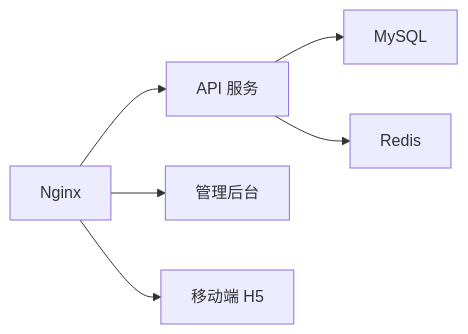
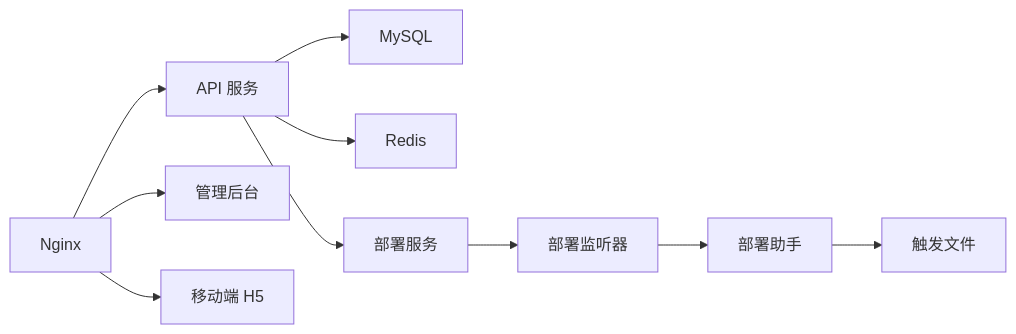
The fourth of 4 diagrams in .qoder/repowiki/zh/content/部署运维/部署运维.md (huoqingzhu446/fortune-hub), drawn with Mermaid before and after one commit. The commit also changed other lines of this file and 6 other files, not shown here.

````diff
--- a/.qoder/repowiki/zh/content/部署运维/部署运维.md
+++ b/.qoder/repowiki/zh/content/部署运维/部署运维.md
@@ -208,8 +345,12 @@
 ```mermaid
 graph LR
 NGINX["Nginx"] --> API["API 服务"]
 NGINX --> ADMIN["管理后台"]
 NGINX --> MOBILE["移动端 H5"]
 API --> MYSQL["MySQL"]
 API --> REDIS["Redis"]
+API --> DEPLOY["部署服务"]
+DEPLOY --> WATCHER["部署监听器"]
+WATCHER --> HELPER["部署助手"]
+HELPER --> TRIGGER["触发文件"]
 ```
````
